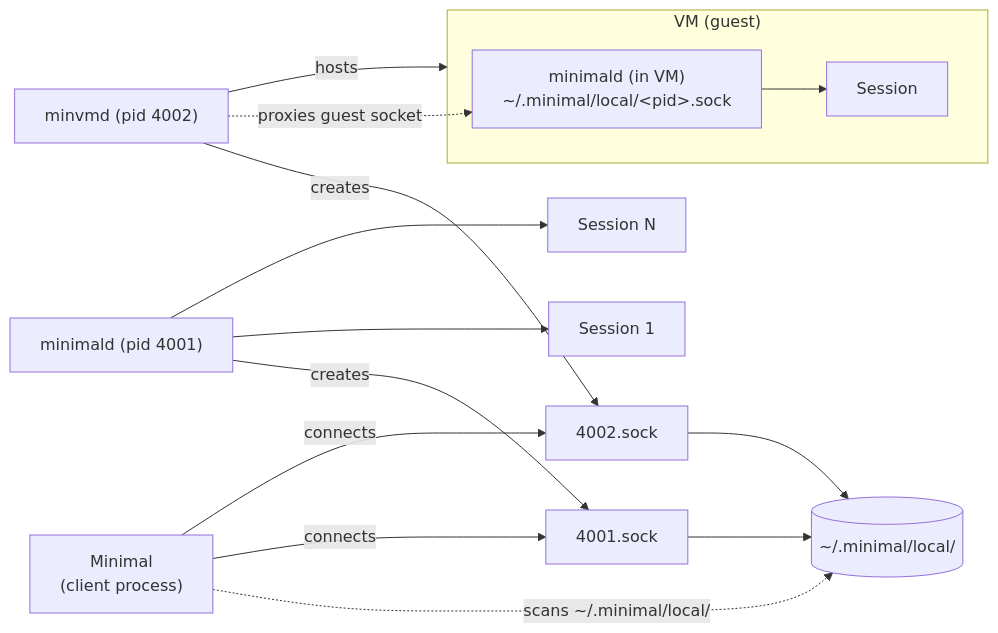
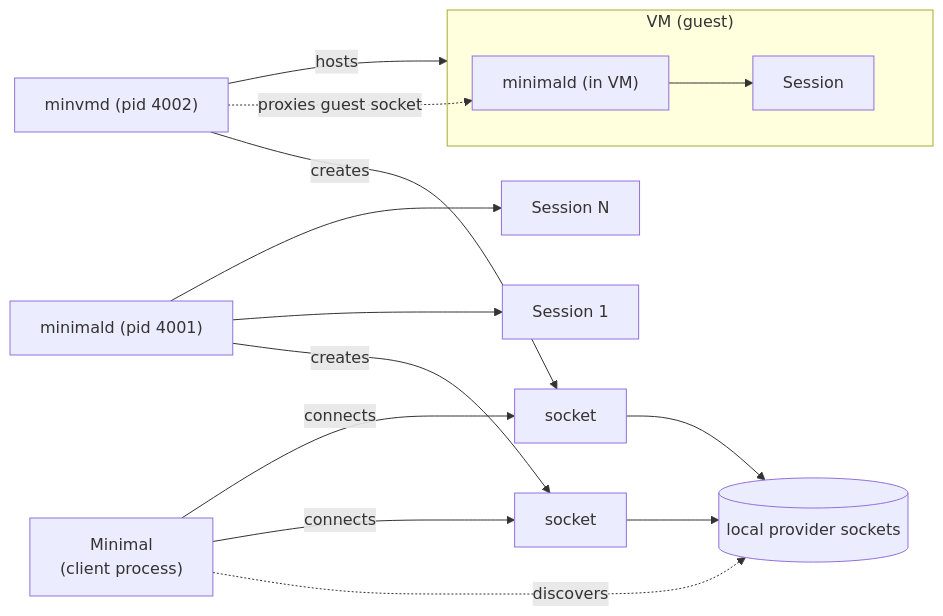
Before and after one commit to gominimal/minimal: the second of 5 diagrams in docs/session-domain-diag.md, drawn with Mermaid. The commit also changed other lines of this file, not shown here.

First line of the commit message:
docs(sessions): remove socket paths from domain model

````diff
--- a/docs/session-domain-diag.md
+++ b/docs/session-domain-diag.md
@@ -73,17 +72,17 @@
 ```mermaid
 flowchart LR
-    M["Minimal<br/>(client process)"] -. "scans ~/.minimal/local/" .-> DIR[("~/.minimal/local/")]
-    P1["minimald (pid 4001)"] -- "creates" --> SK1["4001.sock"]
-    P2["minvmd (pid 4002)"] -- "creates" --> SK2["4002.sock"]
+    M["Minimal<br/>(client process)"] -. "discovers" .-> DIR[("local provider sockets")]
+    P1["minimald (pid 4001)"] -- "creates" --> SK1["socket"]
+    P2["minvmd (pid 4002)"] -- "creates" --> SK2["socket"]
     SK1 --> DIR
     SK2 --> DIR
     M -- "connects" --> SK1
     M -- "connects" --> SK2
     P1 --> E1["Session 1"]
     P1 --> E2["Session N"]
     P2 -- "hosts" --> guest
     P2 -. "proxies guest socket" .-> MD
     subgraph guest["VM (guest)"]
-        MD["minimald (in VM)<br/>~/.minimal/local/&lt;pid&gt;.sock"] --> E3["Session"]
+        MD["minimald (in VM)"] --> E3["Session"]
     end
 ```
````
